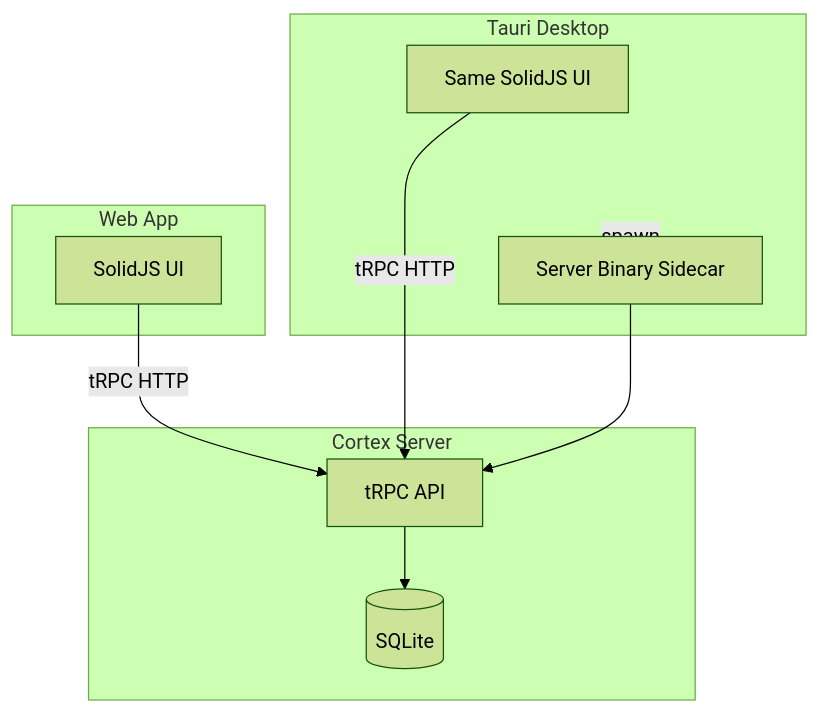
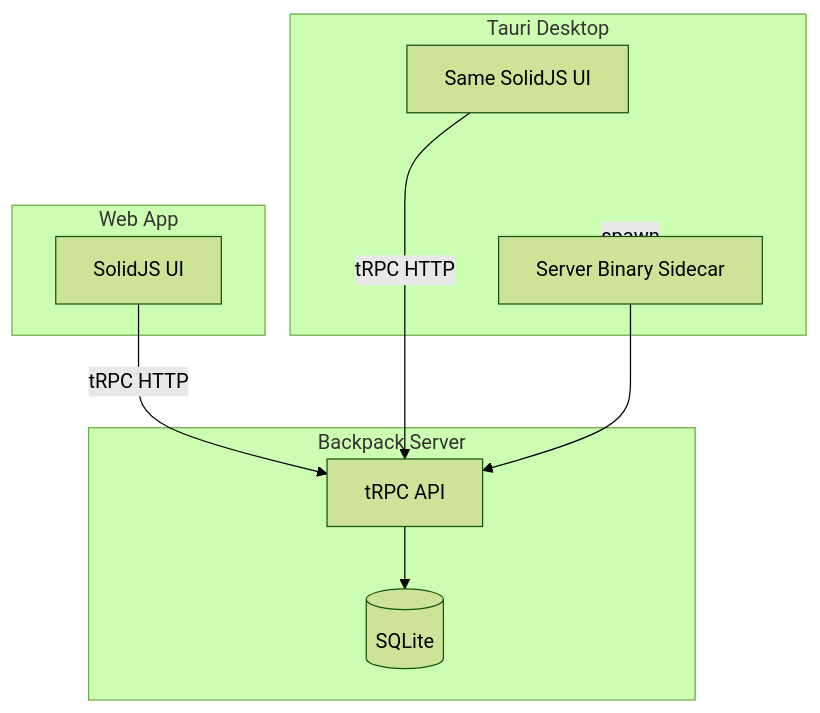
One commit to dylsteck/backpack changed the first of 3 diagrams in .planning/WEB-DESKTOP-APPS.md. Above: the diagram before and after it, drawn with Mermaid (forest theme). The commit also changed other lines of this file and 102 other files, not shown here.

Commit message:
rename cortex to backpack

````diff
--- a/.planning/WEB-DESKTOP-APPS.md
+++ b/.planning/WEB-DESKTOP-APPS.md
@@ -142,22 +142,22 @@
 ```mermaid
 flowchart TB
     subgraph Web [Web App]
         WebUI[SolidJS UI]
     end
     
     subgraph Desktop [Tauri Desktop]
         DesktopUI[Same SolidJS UI]
         Sidecar[Server Binary Sidecar]
     end
     
-    subgraph Server [Cortex Server]
+    subgraph Server [Backpack Server]
         tRPC[tRPC API]
         DB[(SQLite)]
     end
     
     WebUI -->|tRPC HTTP| tRPC
     DesktopUI -->|tRPC HTTP| tRPC
     Desktop -->|spawn| Sidecar
     Sidecar --> tRPC
     tRPC --> DB
 ```
````
